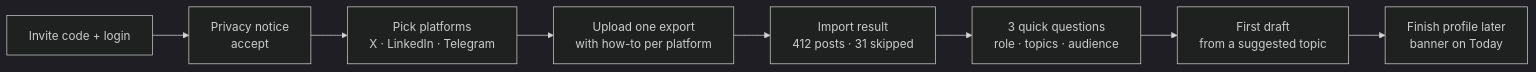
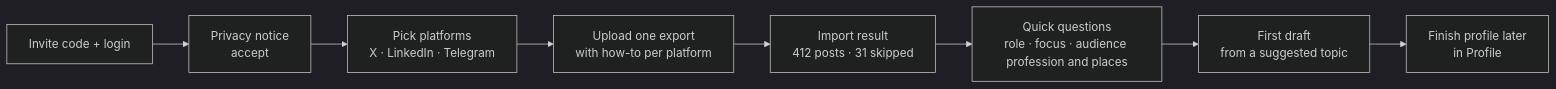
The first of 3 diagrams in docs/DESIGN.md (fetehadin/post-generator), drawn with Mermaid (dark theme) before and after one commit. The commit also changed other lines of this file and 7 other files, not shown here.

````diff
--- a/docs/DESIGN.md
+++ b/docs/DESIGN.md
@@ -74,10 +76,10 @@
 ```mermaid
 flowchart LR
     A[Invite code + login] --> B[Privacy notice<br/>accept]
     B --> C[Pick platforms<br/>X · LinkedIn · Telegram]
     C --> D[Upload one export<br/>with how-to per platform]
     D --> E[Import result<br/>412 posts · 31 skipped]
-    E --> F[3 quick questions<br/>role · topics · audience]
+    E --> F[Quick questions<br/>role · focus · audience profession and places]
     F --> G[First draft<br/>from a suggested topic]
-    G --> H[Finish profile later<br/>banner on Today]
+    G --> H[Finish profile later<br/>in Profile]
 ```
````
